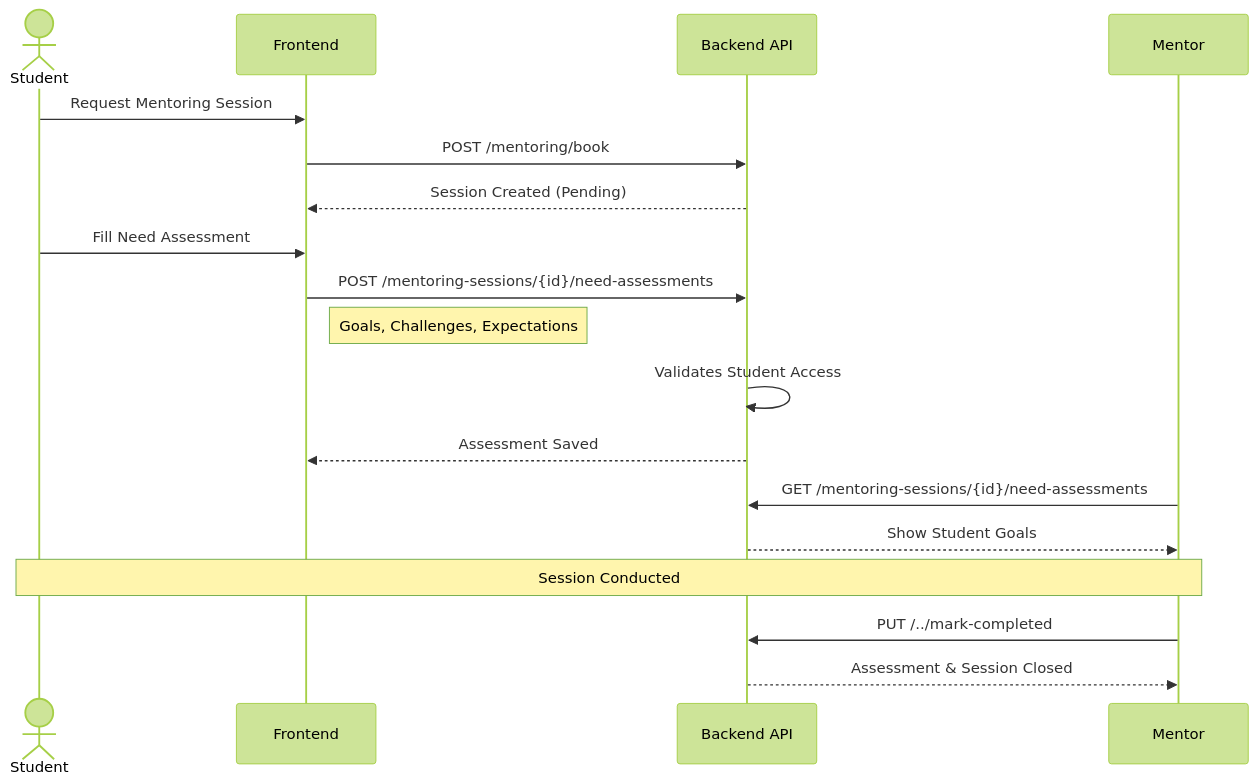
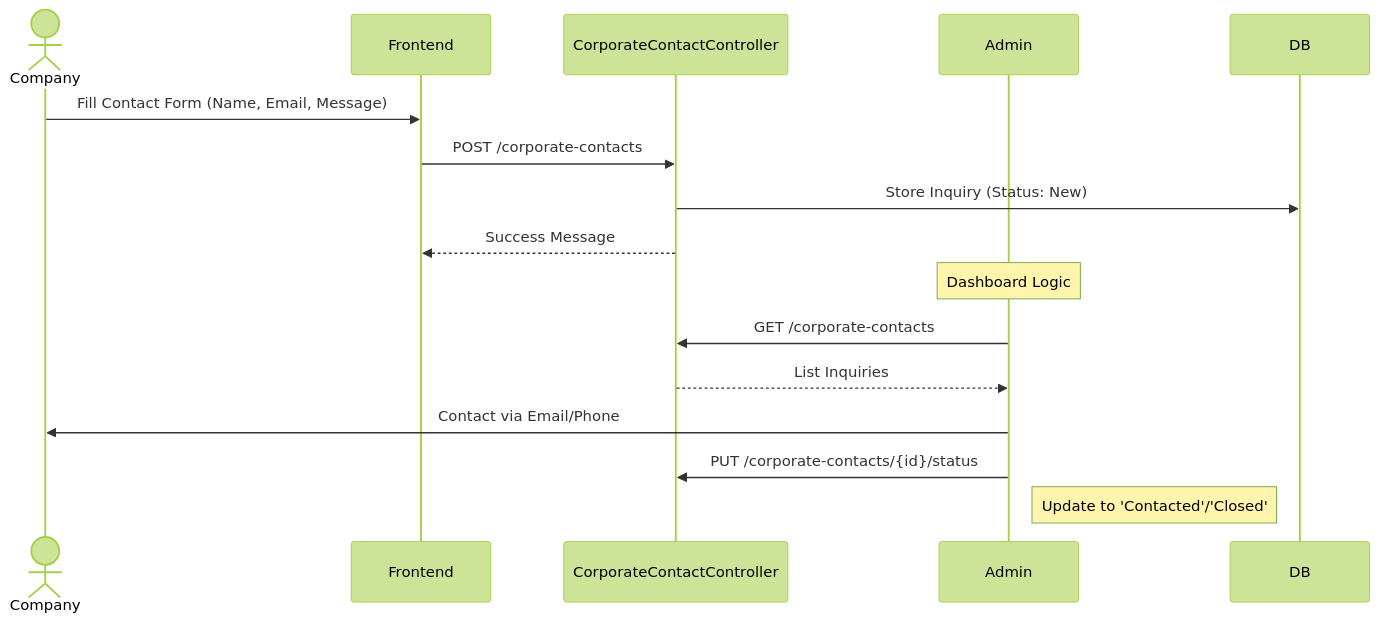
Before and after one commit to 23081010076-oss/backend: the eighth of 8 diagrams in APP_FLOWS.md, drawn with Mermaid (forest theme). The commit also changed other lines of this file, not shown here.

Commit message:
docs: Expand application flows documentation by adding new sections for portfolio, course management, articles, and corporate services, and enhancing details of existing flows.

````diff
--- a/APP_FLOWS.md
+++ b/APP_FLOWS.md
@@ -167,26 +241,20 @@
 ```mermaid
 sequenceDiagram
-    actor Student
+    actor Company
     participant FE as Frontend
-    participant API as Backend API
-    participant Mentor
+    participant Corp as CorporateContactController
+    participant Admin
 
-    Student->>FE: Request Mentoring Session
-    FE->>API: POST /mentoring/book
-    API-->>FE: Session Created (Pending)
+    Company->>FE: Fill Contact Form (Name, Email, Message)
+    FE->>Corp: POST /corporate-contacts
+    Corp->>DB: Store Inquiry (Status: New)
+    Corp-->>FE: Success Message
+
+    Note over Admin: Dashboard Logic
+    Admin->>Corp: GET /corporate-contacts
+    Corp-->>Admin: List Inquiries
     
-    Student->>FE: Fill Need Assessment
-    FE->>API: POST /mentoring-sessions/{id}/need-assessments
-    Note right of FE: Goals, Challenges, Expectations
-    
-    API->>API: Validates Student Access
-    API-->>FE: Assessment Saved
-    
-    Mentor->>API: GET /mentoring-sessions/{id}/need-assessments
-    API-->>Mentor: Show Student Goals
-    
-    Note over Student, Mentor: Session Conducted
-    
-    Mentor->>API: PUT /../mark-completed
-    API-->>Mentor: Assessment & Session Closed
+    Admin->>Company: Contact via Email/Phone
+    Admin->>Corp: PUT /corporate-contacts/{id}/status
+    Note right of Admin: Update to 'Contacted'/'Closed'
 ```
````
